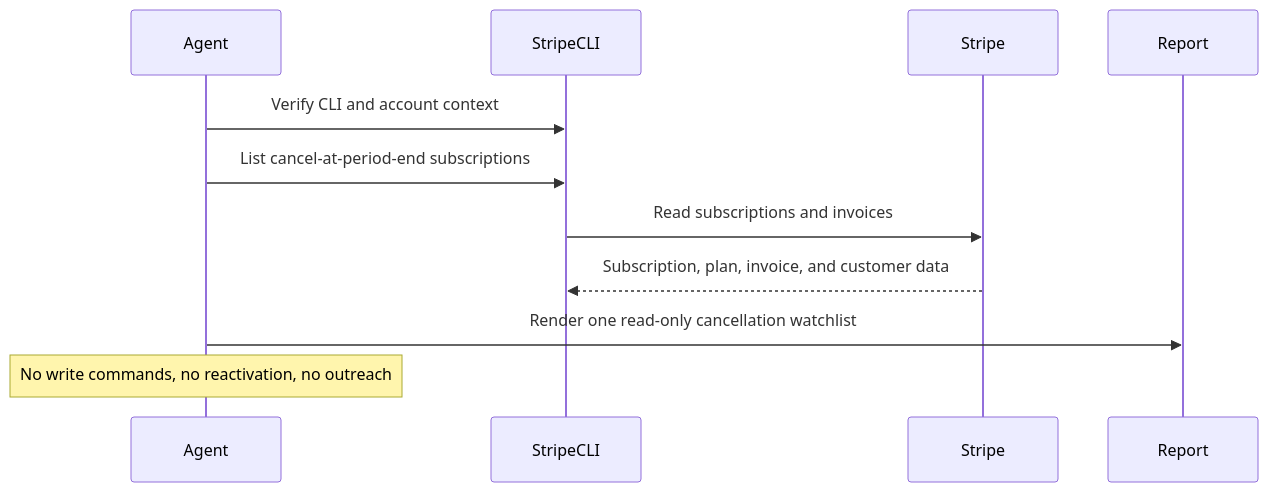
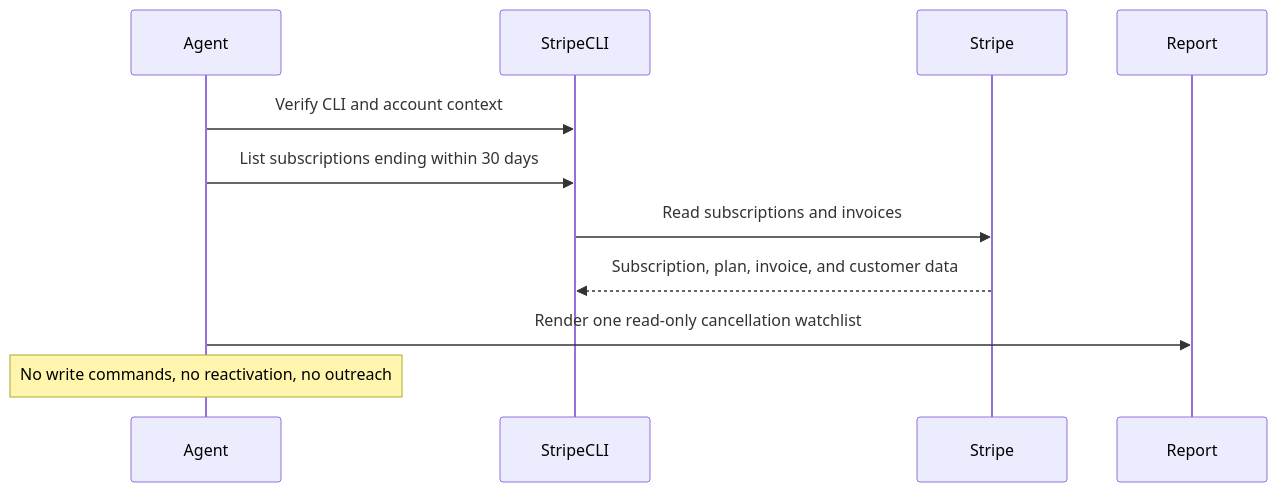
Before and after one commit to ChmaraX/ai-agent-automations: the diagram in automations/stripe-cancel-at-period-end-watch/README.md, drawn with Mermaid. The commit also changed other lines of this file and 1 other file, not shown here.

Commit message:
feat(automation): Stripe cancel-at-period-end watch

````diff
--- a/automations/stripe-cancel-at-period-end-watch/README.md
+++ b/automations/stripe-cancel-at-period-end-watch/README.md
@@ -16,14 +19,14 @@
 ```mermaid
 sequenceDiagram
     participant Agent
     participant StripeCLI
     participant Stripe
     participant Report
 
     Agent->>StripeCLI: Verify CLI and account context
-    Agent->>StripeCLI: List cancel-at-period-end subscriptions
+    Agent->>StripeCLI: List subscriptions ending within 30 days
     StripeCLI->>Stripe: Read subscriptions and invoices
     Stripe-->>StripeCLI: Subscription, plan, invoice, and customer data
     Agent->>Report: Render one read-only cancellation watchlist
     Note over Agent: No write commands, no reactivation, no outreach
 ```
````
